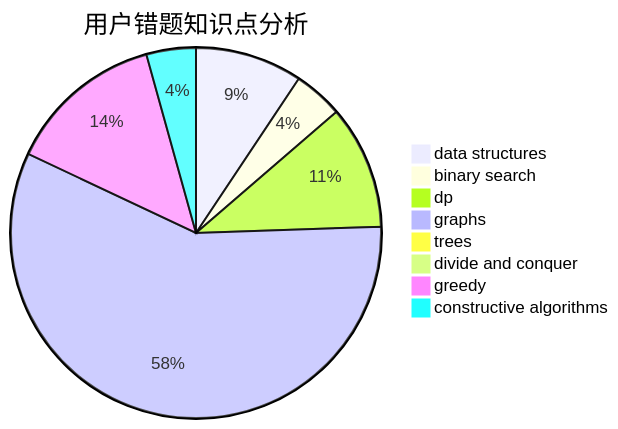
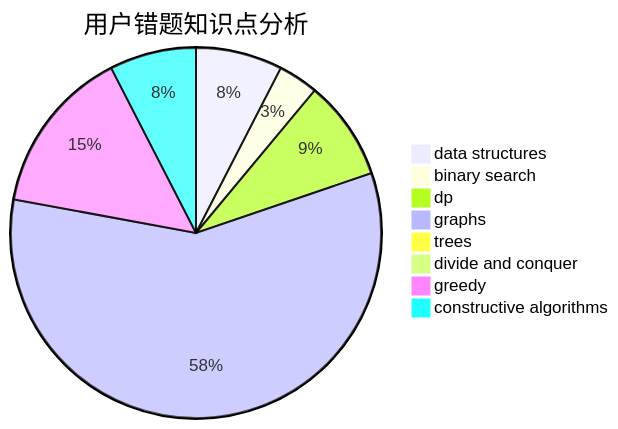
One commit to sherpahu/cfrs.github.io changed the third of 3 diagrams in docs/user/u1272.md. Above: the diagram before and after it, drawn with Mermaid. The commit also changed other lines of this file and 2770 other files, not shown here.

````diff
--- a/docs/user/u1272.md
+++ b/docs/user/u1272.md
@@ -36,11 +36,11 @@
 ```mermaid
 pie title 用户错题知识点分析
     "data structures" :  13
     "binary search" :  6
     "dp" :  15
-    "graphs" :  80
+    "graphs" :  100
     "trees" :  0
     "divide and conquer" :  0
-    "greedy" :  19
-    "constructive algorithms" :  6
+    "greedy" :  25
+    "constructive algorithms" :  13
 ```
````
